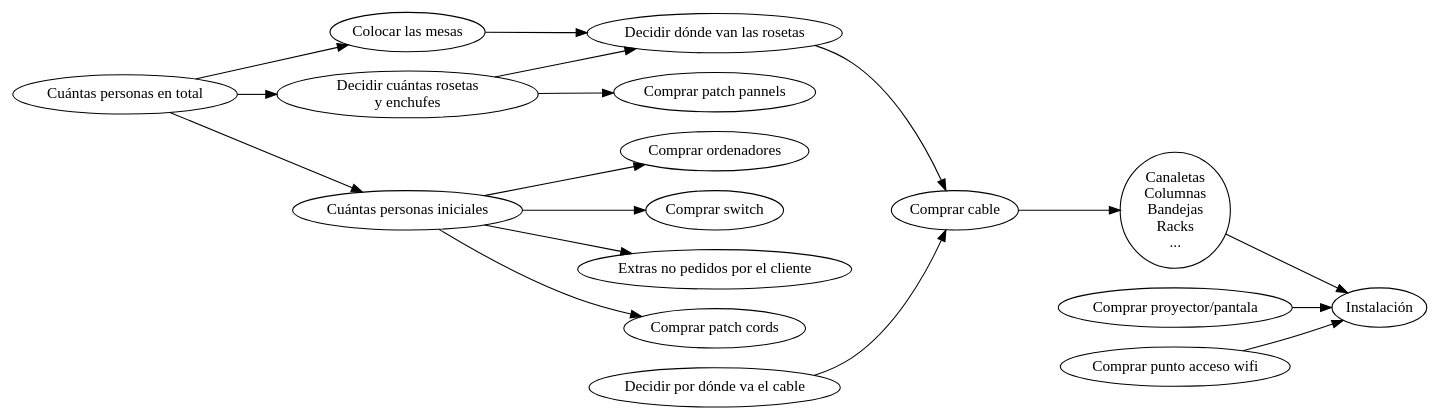
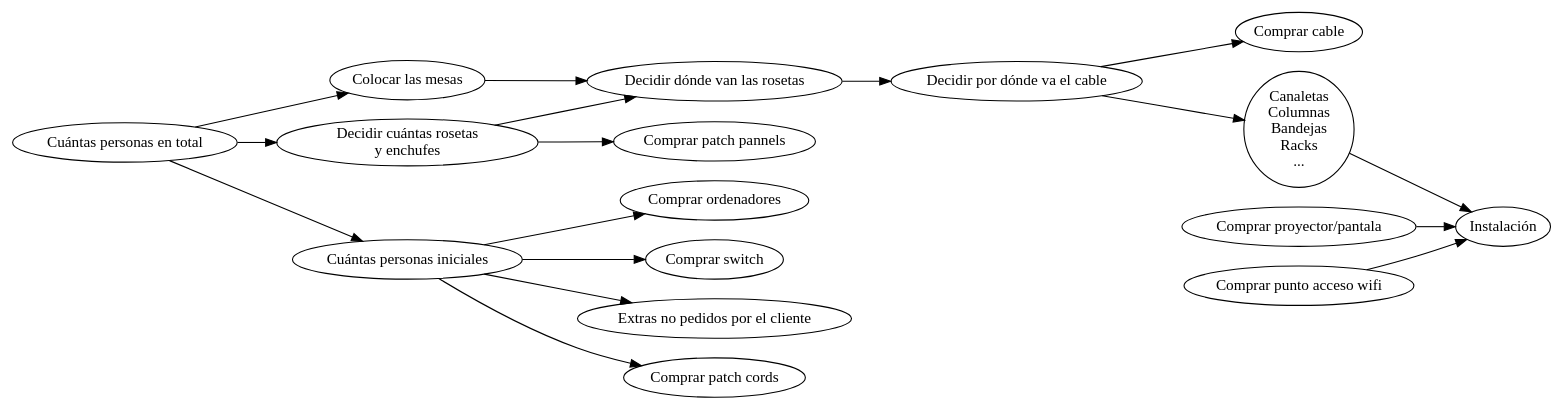
The diagram in planificacion-administracion-redes-asir1/apuntes/2/par-2-practica-cableado-oficina-guiada.org (alvarogonzalezsotillo/apuntes-clase), drawn with Graphviz before and after one commit. The commit also changed other lines of this file and 2 other files, not shown here.

```diff
--- a/planificacion-administracion-redes-asir1/apuntes/2/par-2-practica-cableado-oficina-guiada.org
+++ b/planificacion-administracion-redes-asir1/apuntes/2/par-2-practica-cableado-oficina-guiada.org
@@ -76,29 +76,29 @@
 #+BEGIN_SRC dot :file ./media/tareas-en-la-practica.pdf :exports results :cmd dot :cmdline -Tpdf
 digraph {
   compound=true
   label=""
   node [shape="ellipse",margin=0];
   rankdir=LR;
 
 
   "Cuántas personas en total" ->   "Decidir cuántas rosetas\n y enchufes"
   "Cuántas personas en total" -> "Cuántas personas iniciales"
   "Decidir cuántas rosetas\n y enchufes" -> "Decidir dónde van las rosetas"
   "Cuántas personas en total" -> "Colocar las mesas"
   "Cuántas personas iniciales" -> "Comprar ordenadores"
   "Cuántas personas iniciales" -> "Comprar switch"
   "Cuántas personas iniciales" -> "Extras no pedidos por el cliente"
-  "Decidir dónde van las rosetas" -> "Comprar cable"
+  "Decidir dónde van las rosetas" -> "Decidir por dónde va el cable"
   "Decidir por dónde va el cable" -> "Comprar cable"
-  "Comprar cable" -> "Canaletas\nColumnas\nBandejas\nRacks\n..." -> "Instalación"
+  "Decidir por dónde va el cable" -> "Canaletas\nColumnas\nBandejas\nRacks\n..." -> "Instalación"
   "Colocar las mesas" -> "Decidir dónde van las rosetas"
   "Decidir cuántas rosetas\n y enchufes" -> "Comprar patch pannels"
   "Cuántas personas iniciales" -> "Comprar patch cords"
   "Comprar proyector/pantala" -> "Instalación"
   "Comprar punto acceso wifi" -> "Instalación"
                 
 
                 
 }
 
 #+end_src
```
